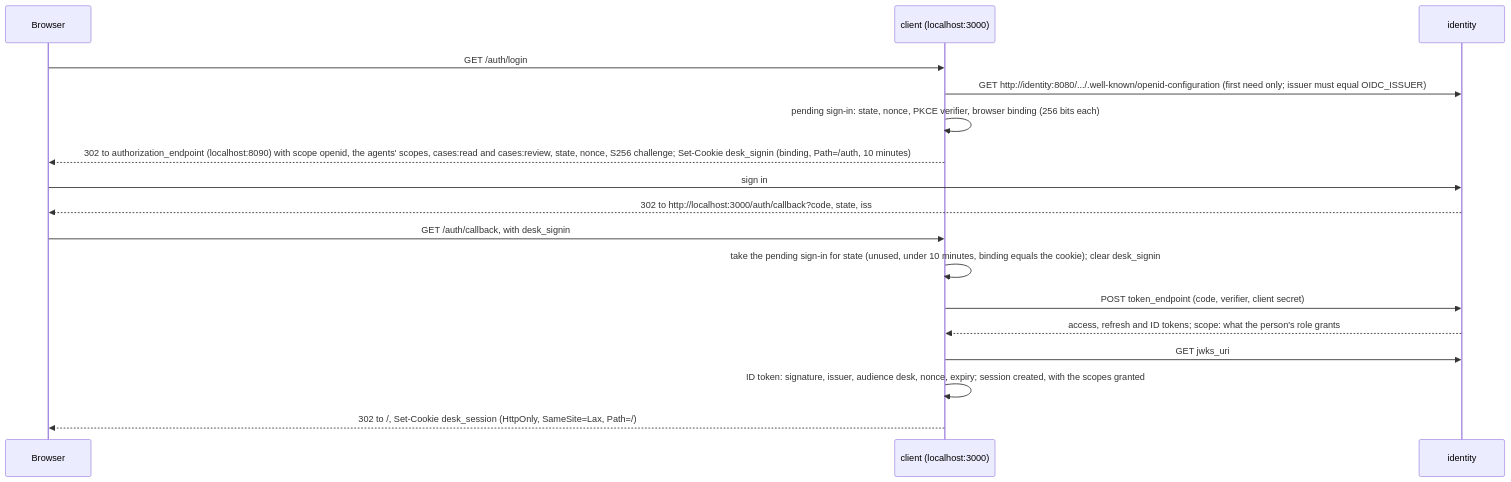
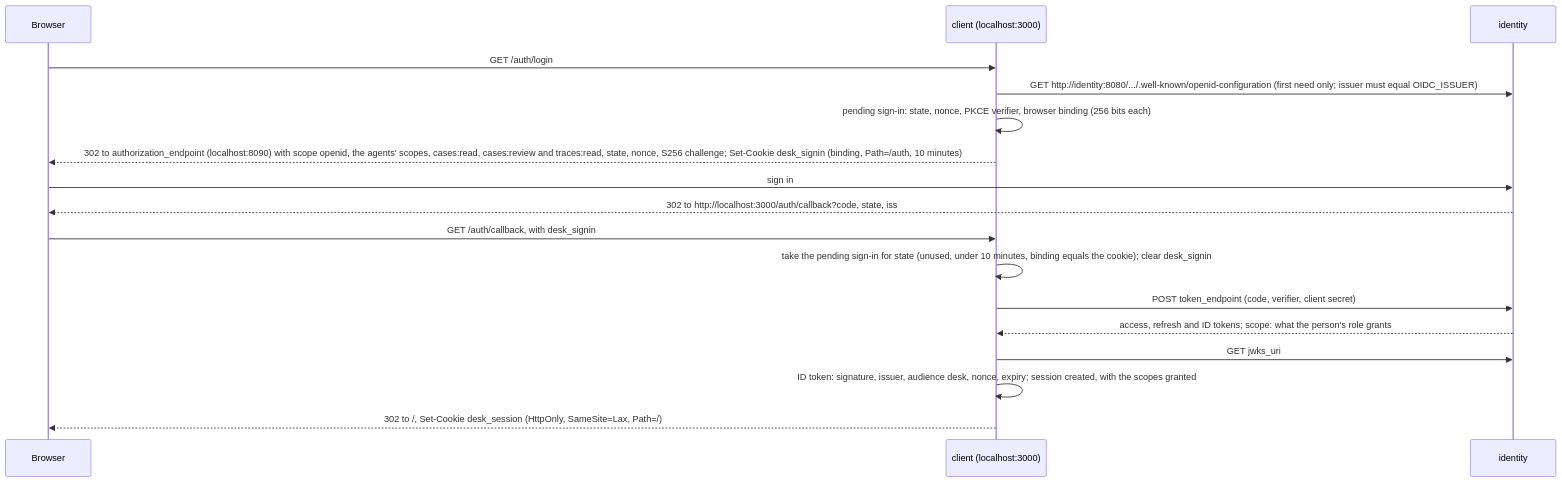
Before and after one commit to AndrewPHunter/ai-on-aws: the third of 5 diagrams in docs/architecture/identity.md, drawn with Mermaid. The commit also changed other lines of this file and 29 other files, not shown here.

````diff
--- a/docs/architecture/identity.md
+++ b/docs/architecture/identity.md
@@ -218,19 +218,19 @@
 ```mermaid
 sequenceDiagram
   participant B as Browser
   participant C as client (localhost:3000)
   participant K as identity
   B->>C: GET /auth/login
   C->>K: GET http://identity:8080/.../.well-known/openid-configuration (first need only#59; issuer must equal OIDC_ISSUER)
   C->>C: pending sign-in: state, nonce, PKCE verifier, browser binding (256 bits each)
-  C-->>B: 302 to authorization_endpoint (localhost:8090) with scope openid, the agents' scopes, cases:read and cases:review, state, nonce, S256 challenge#59; Set-Cookie desk_signin (binding, Path=/auth, 10 minutes)
+  C-->>B: 302 to authorization_endpoint (localhost:8090) with scope openid, the agents' scopes, cases:read, cases:review and traces:read, state, nonce, S256 challenge#59; Set-Cookie desk_signin (binding, Path=/auth, 10 minutes)
   B->>K: sign in
   K-->>B: 302 to http://localhost:3000/auth/callback?code, state, iss
   B->>C: GET /auth/callback, with desk_signin
   C->>C: take the pending sign-in for state (unused, under 10 minutes, binding equals the cookie)#59; clear desk_signin
   C->>K: POST token_endpoint (code, verifier, client secret)
   K-->>C: access, refresh and ID tokens#59; scope: what the person's role grants
   C->>K: GET jwks_uri
   C->>C: ID token: signature, issuer, audience desk, nonce, expiry#59; session created, with the scopes granted
   C-->>B: 302 to /, Set-Cookie desk_session (HttpOnly, SameSite=Lax, Path=/)
 ```
````
